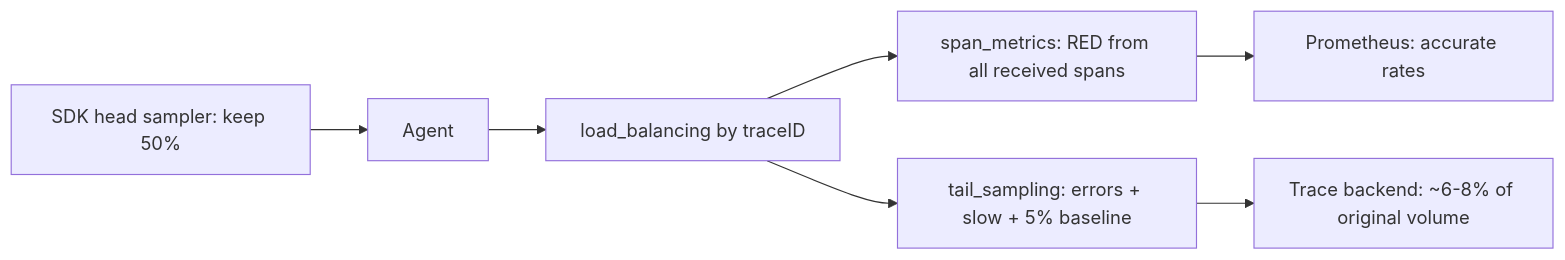
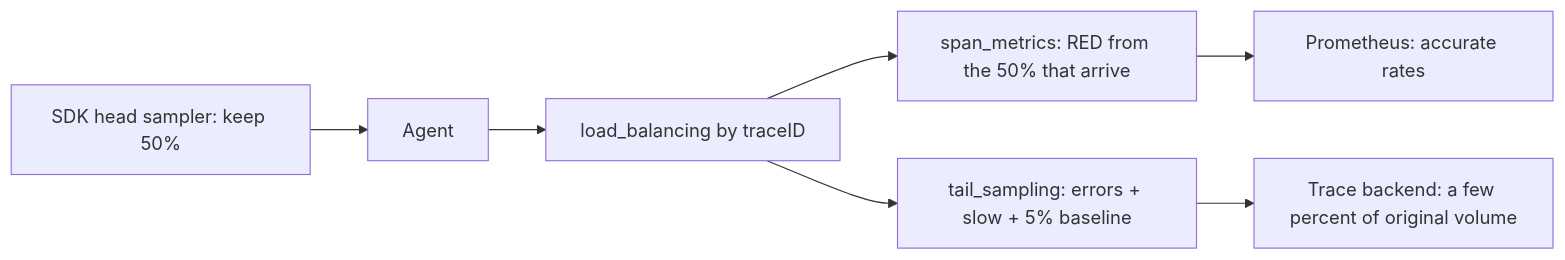
Before and after one commit to TheLearningHubOrg/learn-opentelemetry: the seventh of 7 diagrams in README.md, drawn with Mermaid. The commit also changed other lines of this file and 2 other files, not shown here.

````diff
--- a/README.md
+++ b/README.md
@@ -1073,8 +1073,8 @@
 ```mermaid
 flowchart LR
     SDK["SDK head sampler: keep 50%"] --> AG["Agent"] --> LB["load_balancing by traceID"]
-    LB --> SM["span_metrics: RED from all received spans"]
+    LB --> SM["span_metrics: RED from the 50% that arrive"]
     LB --> TS["tail_sampling: errors + slow + 5% baseline"]
-    TS --> BE["Trace backend: ~6-8% of original volume"]
+    TS --> BE["Trace backend: a few percent of original volume"]
     SM --> PM["Prometheus: accurate rates"]
 ```
````
